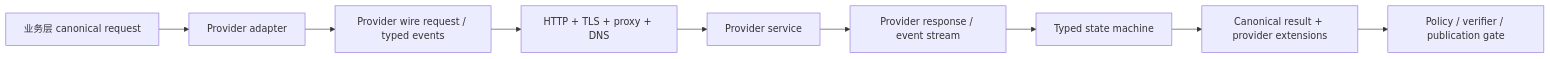
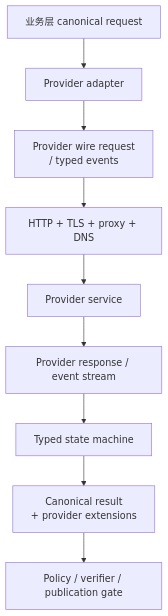
The diagram in docs/evidence/cloud-api-controls.md (NightLemon/about-llm), drawn with Mermaid before and after one commit. The commit also changed other lines of this file and 167 other files, not shown here.

````diff
--- a/docs/evidence/cloud-api-controls.md
+++ b/docs/evidence/cloud-api-controls.md
@@ -51,11 +51,11 @@
 ```mermaid
-flowchart LR
+flowchart TD
     A["业务层 canonical request"] --> B["Provider adapter"]
-    B --> C["Provider wire request / typed events"]
+    B --> C["Provider wire request<br/>/ typed events"]
     C --> D["HTTP + TLS + proxy + DNS"]
     D --> E["Provider service"]
     E --> F["Provider response / event stream"]
     F --> G["Typed state machine"]
-    G --> H["Canonical result + provider extensions"]
+    G --> H["Canonical result<br/>+ provider extensions"]
     H --> I["Policy / verifier / publication gate"]
 ```
````
